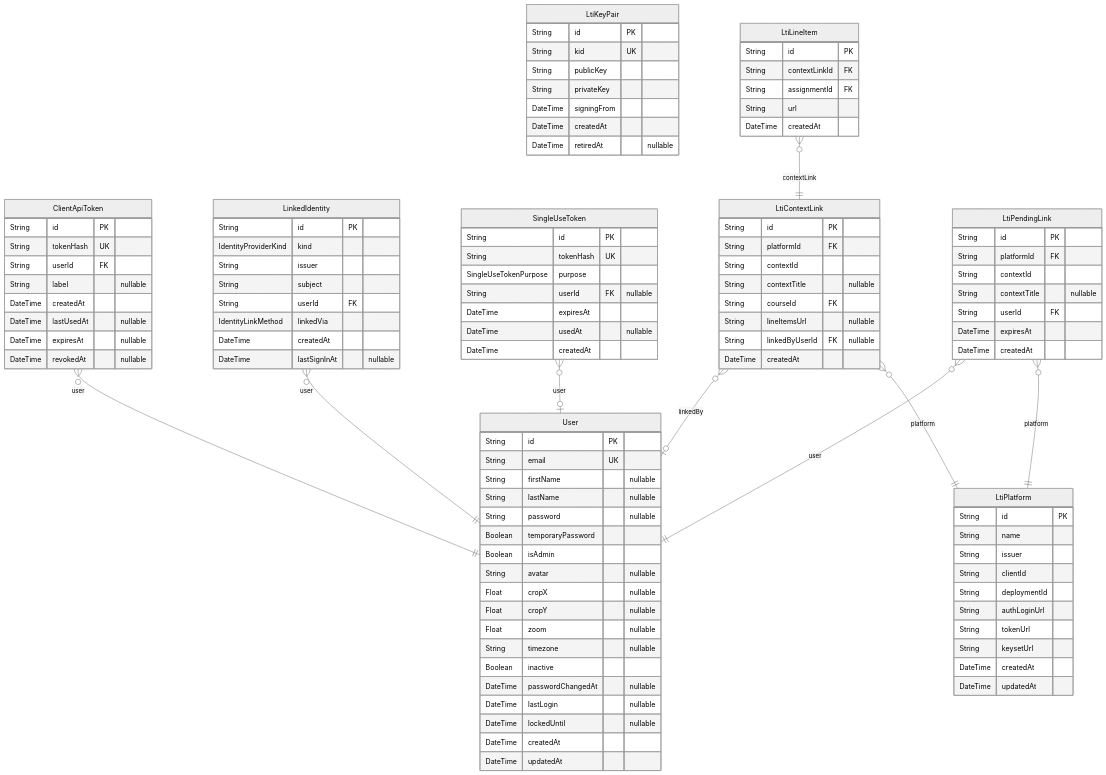
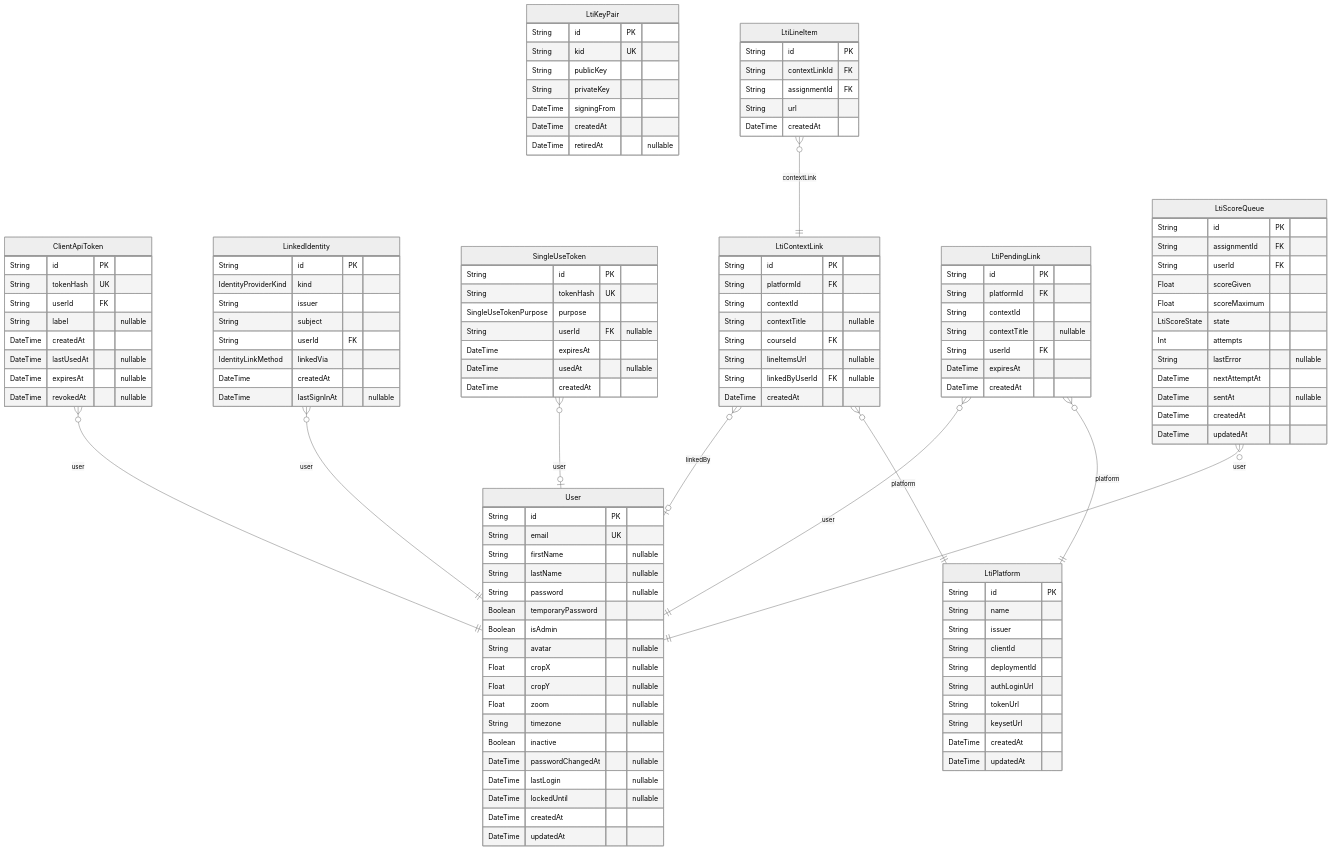
Before and after one commit to PennStateCS/AFCT: the first of 5 diagrams in docs-site/docs/reference/database-schema.md, drawn with Mermaid (neutral theme). The commit also changed other lines of this file and 4 other files, not shown here.

````diff
--- a/docs-site/docs/reference/database-schema.md
+++ b/docs-site/docs/reference/database-schema.md
@@ -108,6 +108,20 @@
   String url
   DateTime createdAt
 }
+"LtiScoreQueue" {
+  String id PK
+  String assignmentId FK
+  String userId FK
+  Float scoreGiven
+  Float scoreMaximum
+  LtiScoreState state
+  Int attempts
+  String lastError "nullable"
+  DateTime nextAttemptAt
+  DateTime sentAt "nullable"
+  DateTime createdAt
+  DateTime updatedAt
+}
 "ClientApiToken" }o--|| "User" : user
 "LinkedIdentity" }o--|| "User" : user
 "SingleUseToken" }o--o| "User" : user
@@ -116,4 +130,5 @@
 "LtiPendingLink" }o--|| "LtiPlatform" : platform
 "LtiPendingLink" }o--|| "User" : user
 "LtiLineItem" }o--|| "LtiContextLink" : contextLink
+"LtiScoreQueue" }o--|| "User" : user
 ```
````
